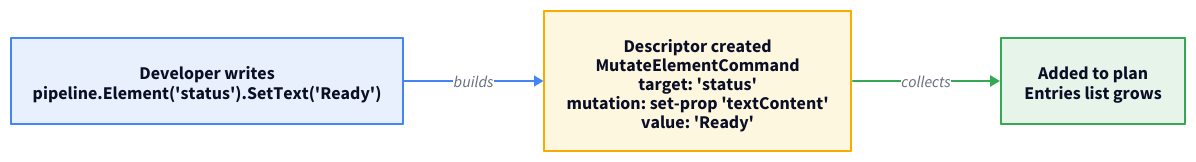
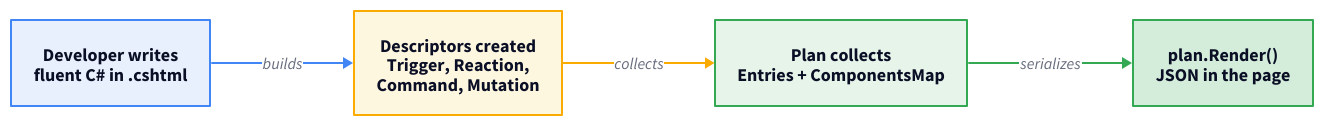
One commit to marafiq/alis-reactive changed the diagram in docs-site/src/content/docs/architecture/fluent-builders.mdx. Above: the diagram before and after it, drawn with D2. The commit also changed other lines of this file and 4 other files, not shown here.

First line of the commit message:
docs: add Fluent Builders child pages — The Builders, Descriptors & Plan, Vertical Slice

````diff
--- a/docs-site/src/content/docs/architecture/fluent-builders.mdx
+++ b/docs-site/src/content/docs/architecture/fluent-builders.mdx
@@ -14,29 +10,38 @@
 ```d2
 direction: right
 
-call: "Developer writes\npipeline.Element('status').SetText('Ready')" {
+call: "Developer writes\nfluent C# in .cshtml" {
   shape: rectangle
   style.fill: "#e8f0fe"
   style.stroke: "#4285f4"
   style.font-size: 18
 }
-descriptor: "Descriptor created\nMutateElementCommand\ntarget: 'status'\nmutation: set-prop 'textContent'\nvalue: 'Ready'" {
+descriptor: "Descriptors created\nTrigger, Reaction,\nCommand, Mutation" {
   shape: rectangle
   style.fill: "#fef7e0"
   style.stroke: "#f9ab00"
   style.font-size: 18
 }
-plan: "Added to plan\nEntries list grows" {
+plan: "Plan collects\nEntries + ComponentsMap" {
   shape: rectangle
   style.fill: "#e6f4ea"
+  style.stroke: "#34a853"
+  style.font-size: 18
+}
+json: "plan.Render()\nJSON in the page" {
+  shape: rectangle
+  style.fill: "#d4edda"
   style.stroke: "#34a853"
   style.font-size: 18
 }
 
 call -> descriptor: builds {
   style.stroke: "#4285f4"
 }
 descriptor -> plan: collects {
+  style.stroke: "#f9ab00"
+}
+plan -> json: serializes {
   style.stroke: "#34a853"
 }
 ```
````
